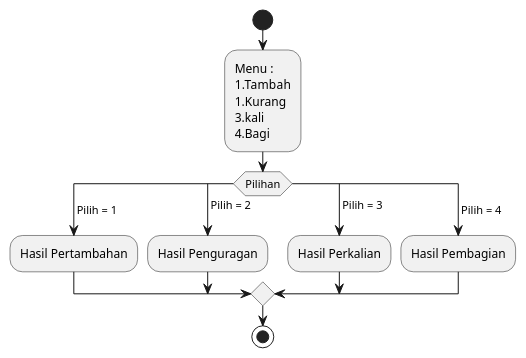
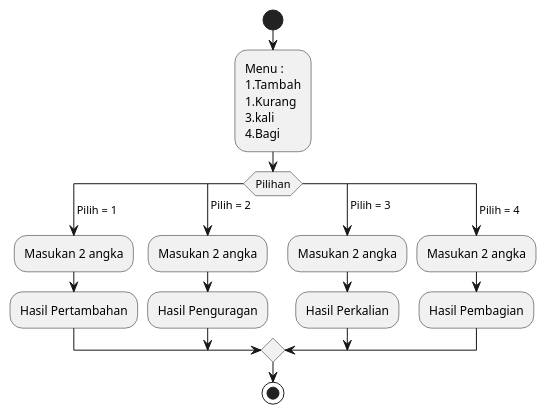
Before and after one commit to Rafkyy/bahasa_pemograman: the diagram in pert7/studikasus.puml, drawn with PlantUML. The commit also changed 15 other files, not shown here.

```diff
--- a/pert7/studikasus.puml
+++ b/pert7/studikasus.puml
@@ -1,21 +1,25 @@
 @startuml studikasus
 
 start
 :Menu :
 1.Tambah
 1.Kurang
 3.kali
 4.Bagi;
 switch (Pilihan)
 case ( Pilih = 1 )
+  :Masukan 2 angka;
   :Hasil Pertambahan;
 case ( Pilih = 2 ) 
+  :Masukan 2 angka;
   :Hasil Penguragan;
 case ( Pilih = 3 )
+  :Masukan 2 angka;
   :Hasil Perkalian;
 case ( Pilih = 4 )
+  :Masukan 2 angka;
   :Hasil Pembagian;
 endswitch
 
 stop
 @enduml
```
